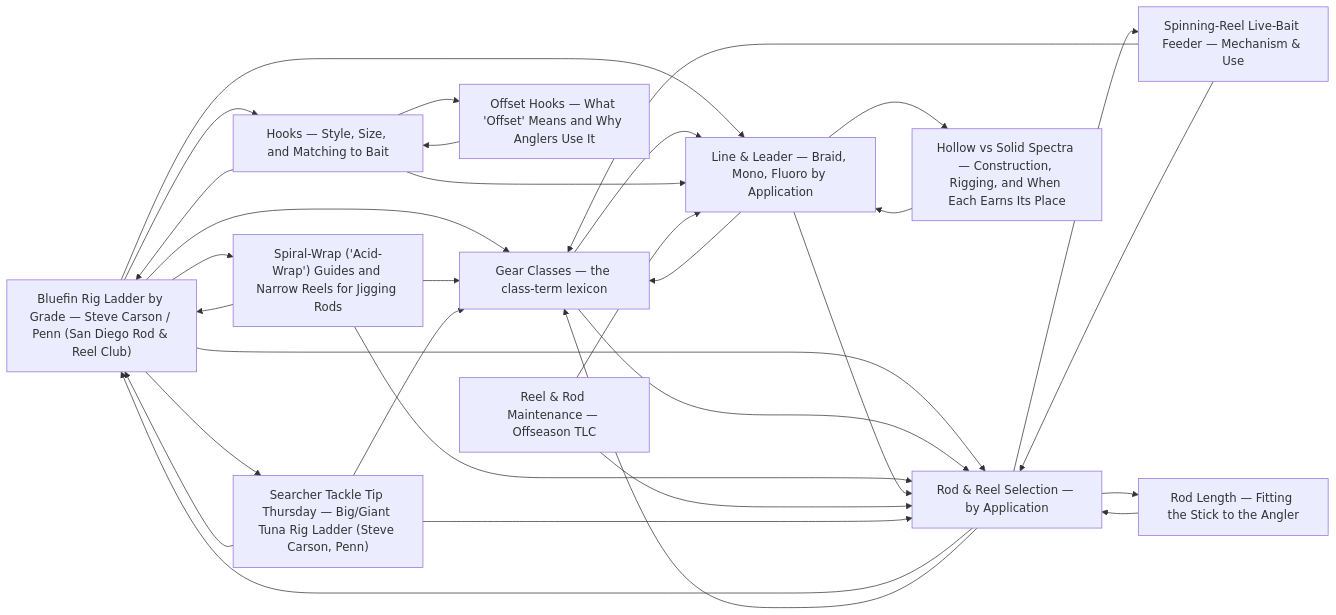
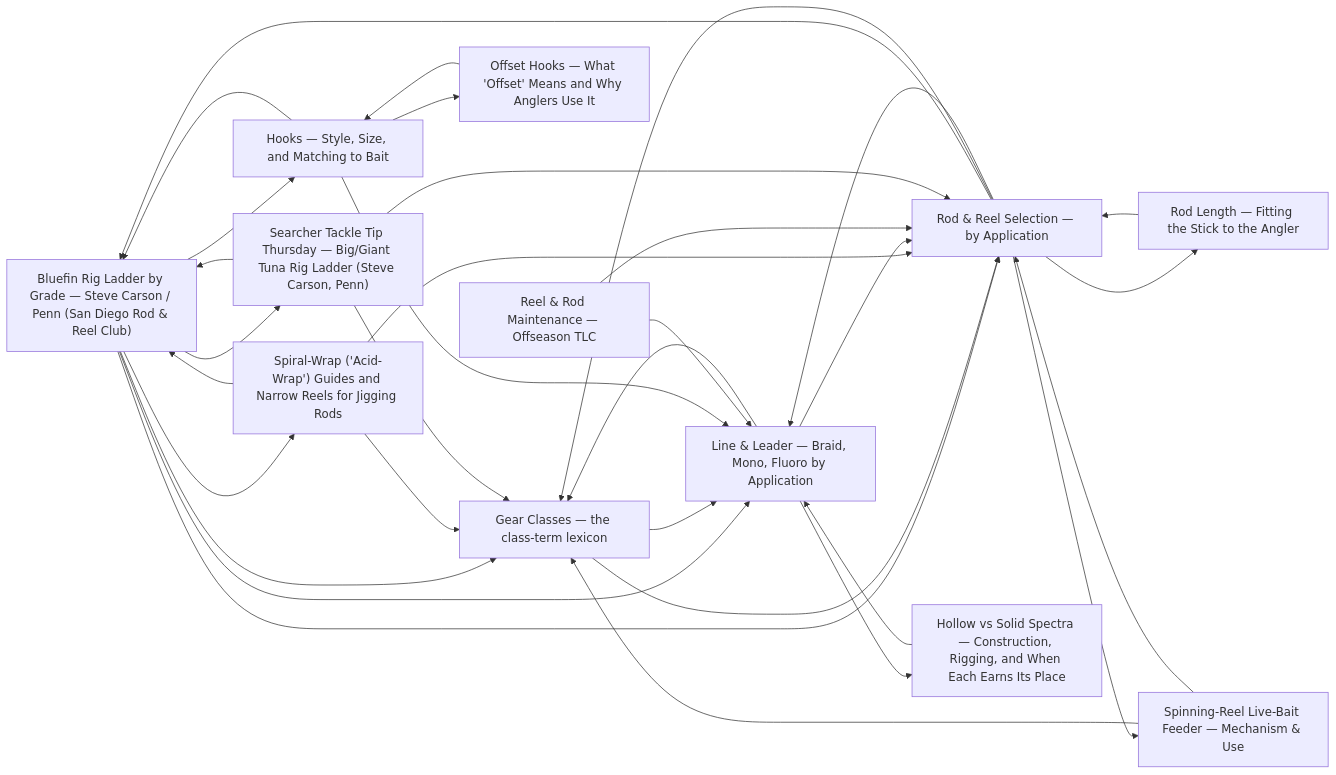
One commit to camchuckpete-max/Socal-Fishing-Knowledge changed the diagram in tackle/README.md. Above: the diagram before and after it, drawn with Mermaid. The commit also changed 3 other files, not shown here.

````diff
--- a/tackle/README.md
+++ b/tackle/README.md
@@ -25,46 +25,47 @@
 ```mermaid
 graph LR
   n0["Bluefin Rig Ladder by Grade — Steve Carson / Penn (San Diego Rod & Reel Club)"]
   n1["Gear Classes — the class-term lexicon"]
   n2["Hooks — Style, Size, and Matching to Bait"]
   n3["Spiral-Wrap ('Acid-Wrap') Guides and Narrow Reels for Jigging Rods"]
   n4["Line & Leader — Braid, Mono, Fluoro by Application"]
   n5["Offset Hooks — What 'Offset' Means and Why Anglers Use It"]
   n6["Reel & Rod Maintenance — Offseason TLC"]
   n7["Rod & Reel Selection — by Application"]
   n8["Rod Length — Fitting the Stick to the Angler"]
   n9["Searcher Tackle Tip Thursday — Big/Giant Tuna Rig Ladder (Steve Carson, Penn)"]
   n10["Hollow vs Solid Spectra — Construction, Rigging, and When Each Earns Its Place"]
   n11["Spinning-Reel Live-Bait Feeder — Mechanism & Use"]
   n0 --> n1
   n0 --> n2
   n0 --> n3
   n0 --> n4
   n0 --> n7
   n0 --> n9
   n1 --> n4
   n1 --> n7
   n10 --> n4
   n11 --> n1
   n11 --> n7
   n2 --> n0
   n2 --> n4
   n2 --> n5
   n3 --> n0
   n3 --> n1
   n3 --> n7
   n4 --> n1
   n4 --> n10
   n4 --> n7
   n5 --> n2
   n6 --> n4
   n6 --> n7
   n7 --> n0
   n7 --> n1
   n7 --> n11
+  n7 --> n4
   n7 --> n8
   n8 --> n7
   n9 --> n0
   n9 --> n1
   n9 --> n7
 ```
````
